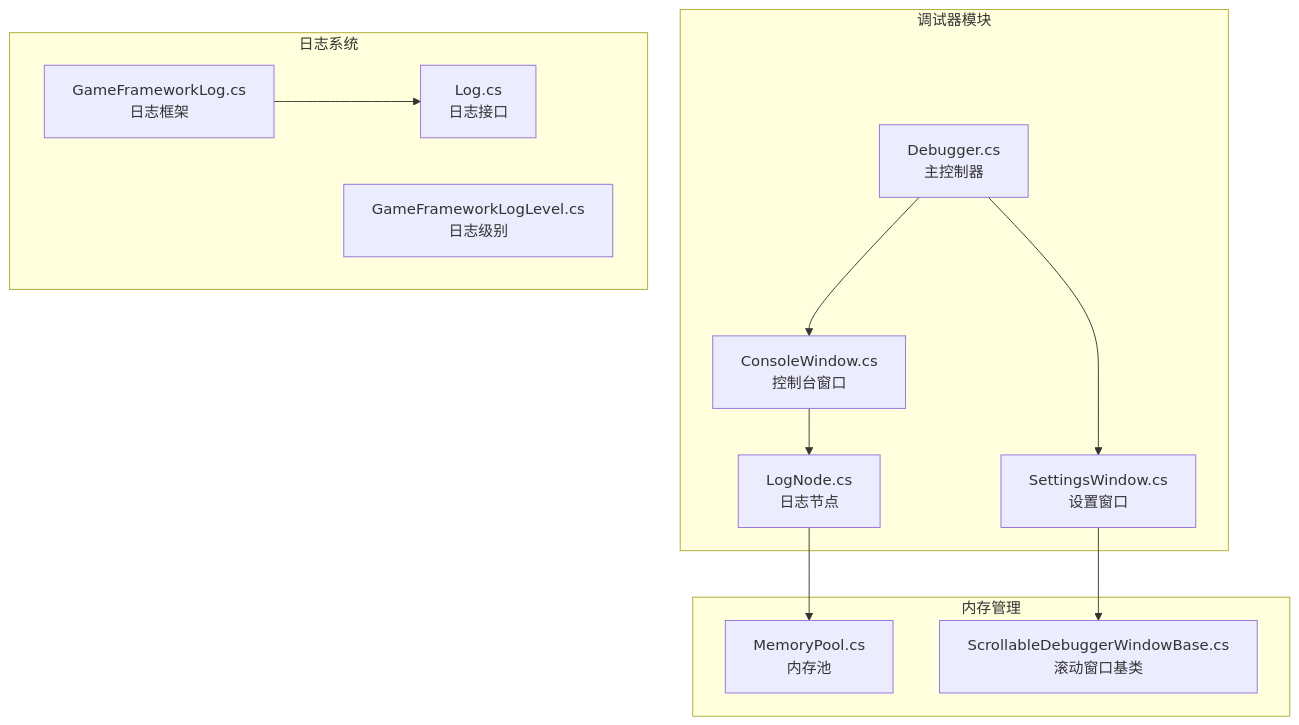
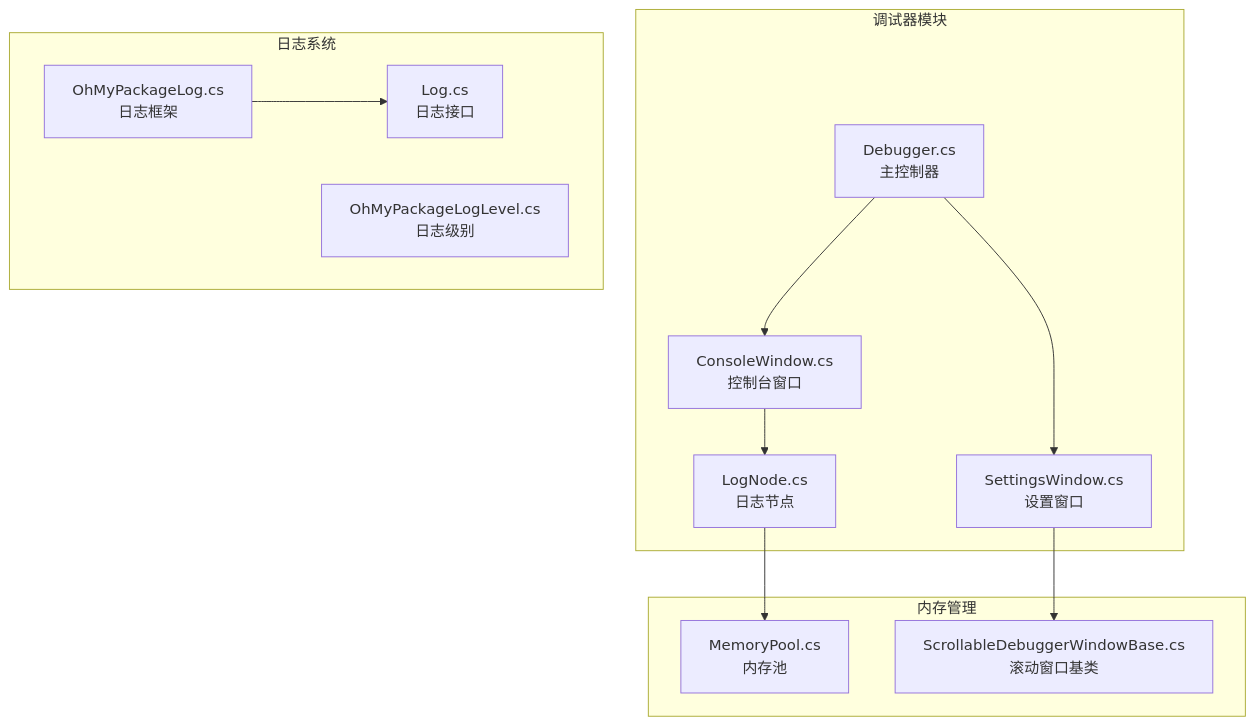
One commit to OxygenIsland/MyGame changed the first of 9 diagrams in repowiki/zh/content/性能优化/性能监控系统/调试器监控功能/控制台设置面板.md. Above: the diagram before and after it, drawn with Mermaid. The commit also changed other lines of this file and 34 other files, not shown here.

````diff
--- a/repowiki/zh/content/性能优化/性能监控系统/调试器监控功能/控制台设置面板.md
+++ b/repowiki/zh/content/性能优化/性能监控系统/调试器监控功能/控制台设置面板.md
@@ -37,24 +37,24 @@
 ```mermaid
 graph TB
 subgraph "调试器模块"
 Debugger[Debugger.cs<br/>主控制器]
 ConsoleWindow[ConsoleWindow.cs<br/>控制台窗口]
 SettingsWindow[SettingsWindow.cs<br/>设置窗口]
 LogNode[LogNode.cs<br/>日志节点]
 end
 subgraph "日志系统"
-GameFrameworkLog[GameFrameworkLog.cs<br/>日志框架]
-GameFrameworkLogLevel[GameFrameworkLogLevel.cs<br/>日志级别]
+OhMyPackageLog[OhMyPackageLog.cs<br/>日志框架]
+OhMyPackageLogLevel[OhMyPackageLogLevel.cs<br/>日志级别]
 Log[Log.cs<br/>日志接口]
 end
 subgraph "内存管理"
 MemoryPool[MemoryPool.cs<br/>内存池]
 ScrollableWindow[ScrollableDebuggerWindowBase.cs<br/>滚动窗口基类]
 end
 Debugger --> ConsoleWindow
 Debugger --> SettingsWindow
 ConsoleWindow --> LogNode
 LogNode --> MemoryPool
-GameFrameworkLog --> Log
+OhMyPackageLog --> Log
 SettingsWindow --> ScrollableWindow
 ```
````
